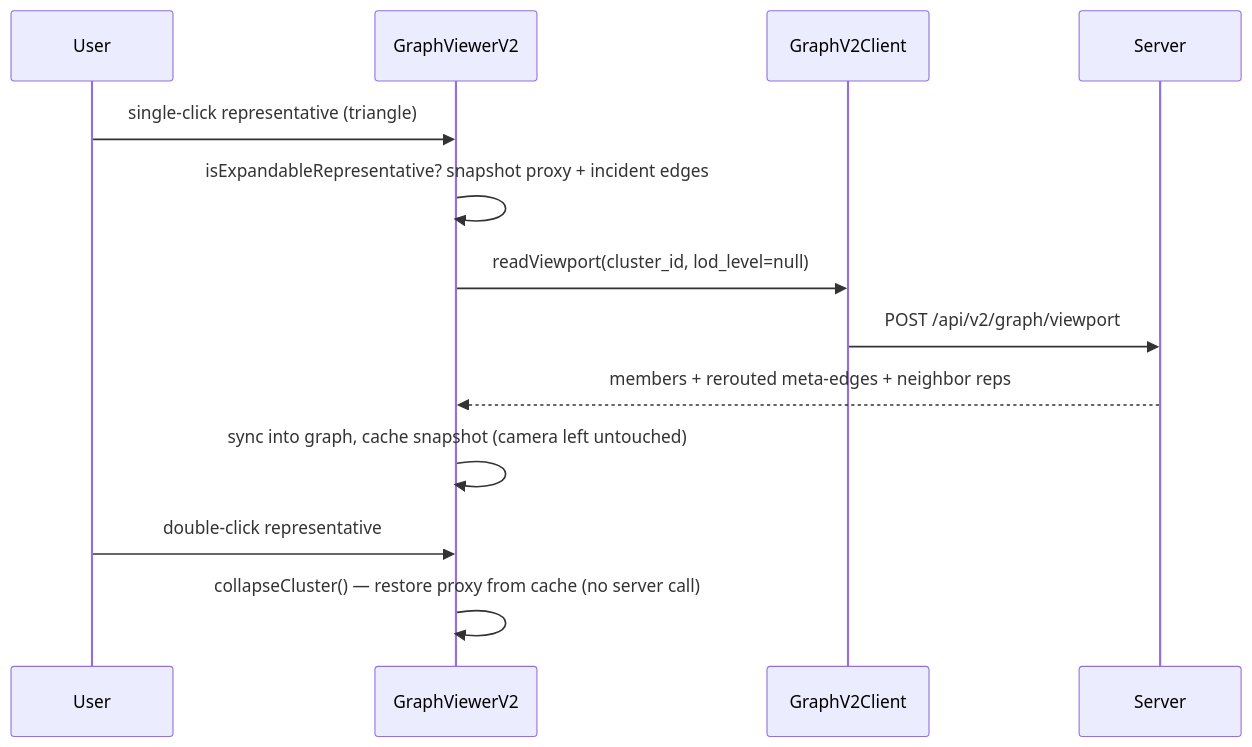
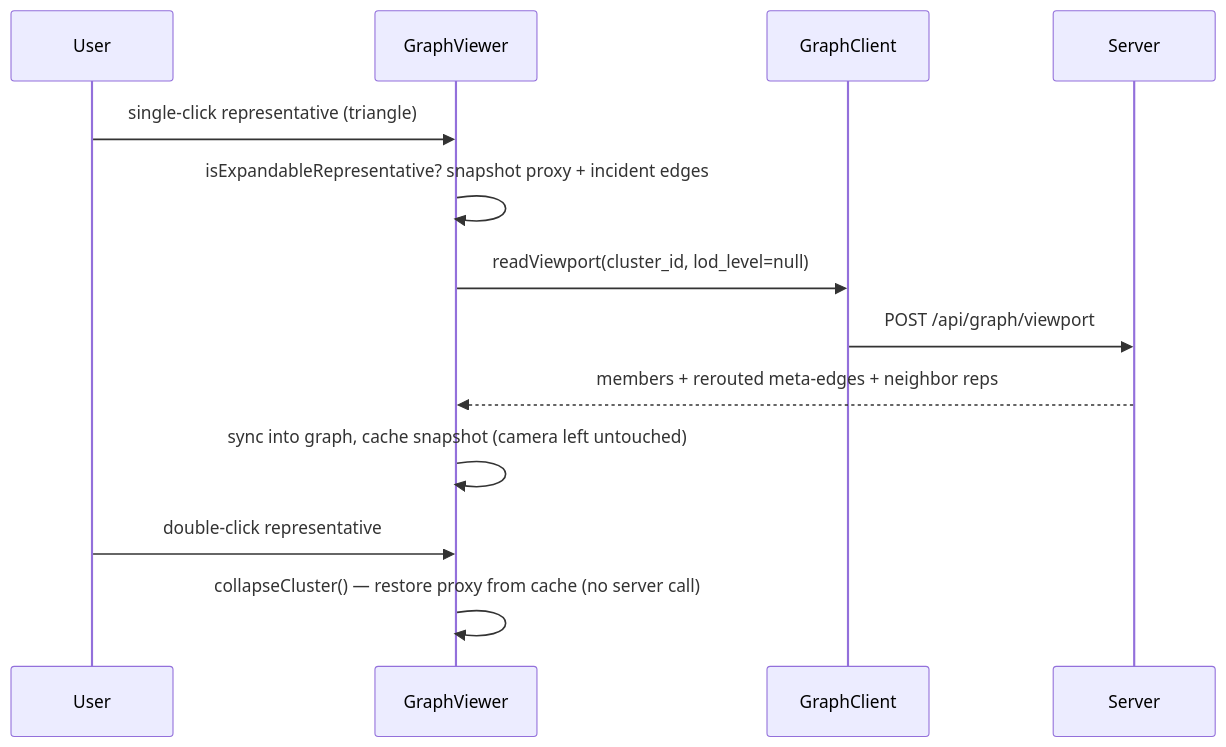
Before and after one commit to phyloviz/phylo-lens: the diagram in docs/EXPAND_COLLAPSE.md, drawn with Mermaid. The commit also changed other lines of this file and 33 other files, not shown here.

````diff
--- a/docs/EXPAND_COLLAPSE.md
+++ b/docs/EXPAND_COLLAPSE.md
@@ -26,17 +26,17 @@
 ```mermaid
 sequenceDiagram
   participant U as User
-  participant GV as GraphViewerV2
-  participant API as GraphV2Client
+  participant GV as GraphViewer
+  participant API as GraphClient
   participant Srv as Server
 
   U->>GV: single-click representative (triangle)
   GV->>GV: isExpandableRepresentative? snapshot proxy + incident edges
   GV->>API: readViewport(cluster_id, lod_level=null)
-  API->>Srv: POST /api/v2/graph/viewport
+  API->>Srv: POST /api/graph/viewport
   Srv-->>GV: members + rerouted meta-edges + neighbor reps
   GV->>GV: sync into graph, cache snapshot (camera left untouched)
 
   U->>GV: double-click representative
   GV->>GV: collapseCluster() — restore proxy from cache (no server call)
 ```
````
